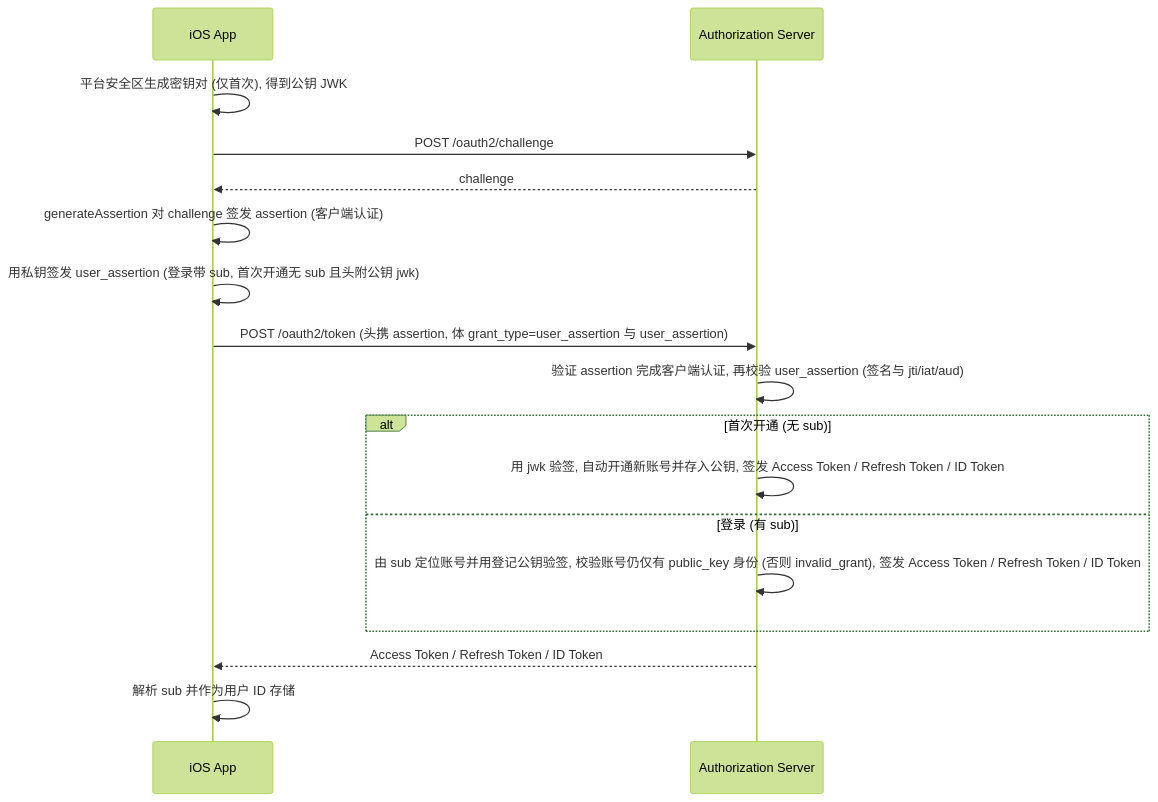
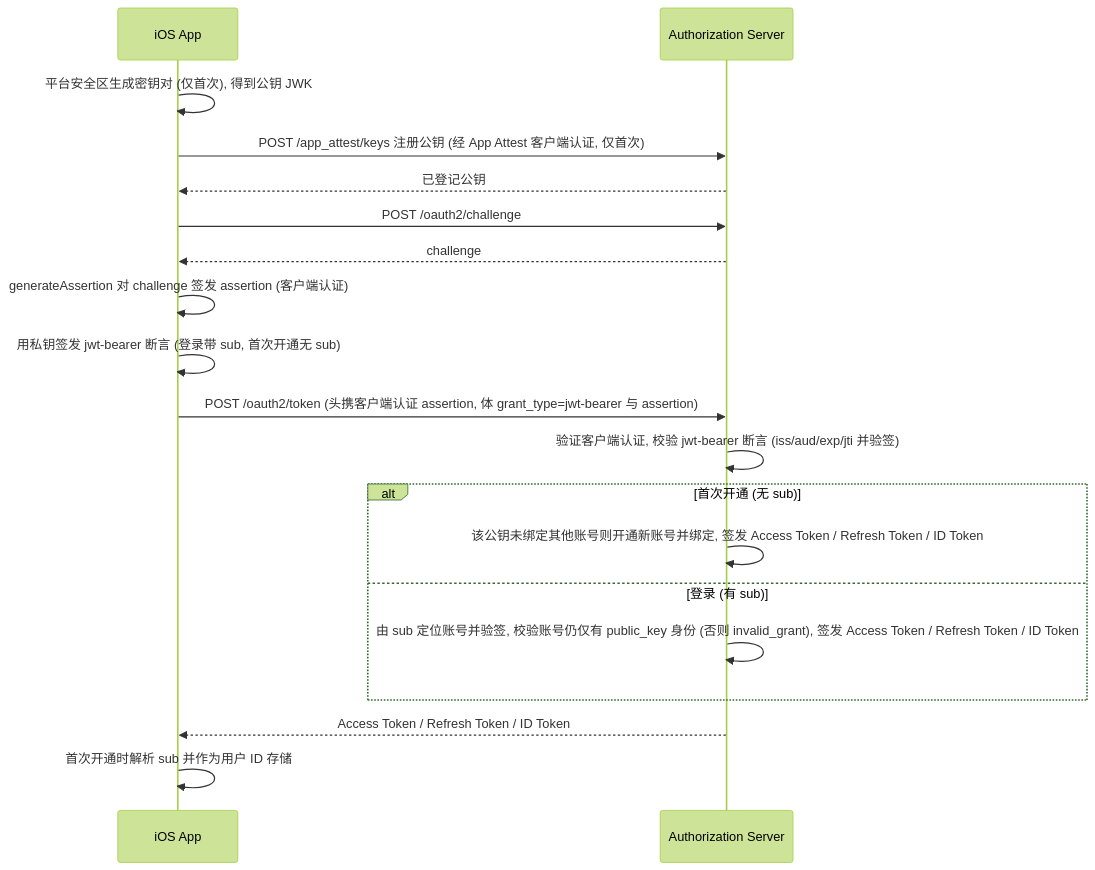
One commit to euler-projects/demo changed the fourth of 7 diagrams in user-center/doc/apis/zh-cn/app-attest-login/v2/App-Attest-Login.md. Above: the diagram before and after it, drawn with Mermaid (forest theme). The commit also changed other lines of this file and 11 other files, not shown here.

First line of the commit message:
docs(app-attest): switch login docs to jwt-bearer, drop the type header

````diff
--- a/user-center/doc/apis/zh-cn/app-attest-login/v2/App-Attest-Login.md
+++ b/user-center/doc/apis/zh-cn/app-attest-login/v2/App-Attest-Login.md
@@ -241,19 +241,21 @@
 ```mermaid
 sequenceDiagram
     participant App as iOS App
     participant Server as Authorization Server
     App ->> App: 平台安全区生成密钥对 (仅首次), 得到公钥 JWK
+    App ->> Server: POST /app_attest/keys 注册公钥 (经 App Attest 客户端认证, 仅首次)
+    Server -->> App: 已登记公钥
     App ->> Server: POST /oauth2/challenge
     Server -->> App: challenge
     App ->> App: generateAssertion 对 challenge 签发 assertion (客户端认证)
-    App ->> App: 用私钥签发 user_assertion (登录带 sub, 首次开通无 sub 且头附公钥 jwk)
-    App ->> Server: POST /oauth2/token (头携 assertion, 体 grant_type=user_assertion 与 user_assertion)
-    Server ->> Server: 验证 assertion 完成客户端认证, 再校验 user_assertion (签名与 jti/iat/aud)
+    App ->> App: 用私钥签发 jwt-bearer 断言 (登录带 sub, 首次开通无 sub)
+    App ->> Server: POST /oauth2/token (头携客户端认证 assertion, 体 grant_type=jwt-bearer 与 assertion)
+    Server ->> Server: 验证客户端认证, 校验 jwt-bearer 断言 (iss/aud/exp/jti 并验签)
     alt 首次开通 (无 sub)
-        Server ->> Server: 用 jwk 验签, 自动开通新账号并存入公钥, 签发 Access Token / Refresh Token / ID Token
+        Server ->> Server: 该公钥未绑定其他账号则开通新账号并绑定, 签发 Access Token / Refresh Token / ID Token
     else 登录 (有 sub)
-        Server ->> Server: 由 sub 定位账号并用登记公钥验签, 校验账号仍仅有 public_key 身份 (否则 invalid_grant), 签发 Access Token / Refresh Token / ID Token
+        Server ->> Server: 由 sub 定位账号并验签, 校验账号仍仅有 public_key 身份 (否则 invalid_grant), 签发 Access Token / Refresh Token / ID Token
     end
     Server -->> App: Access Token / Refresh Token / ID Token
-    App ->> App: 解析 sub 并作为用户 ID 存储
+    App ->> App: 首次开通时解析 sub 并作为用户 ID 存储
 ```
````
